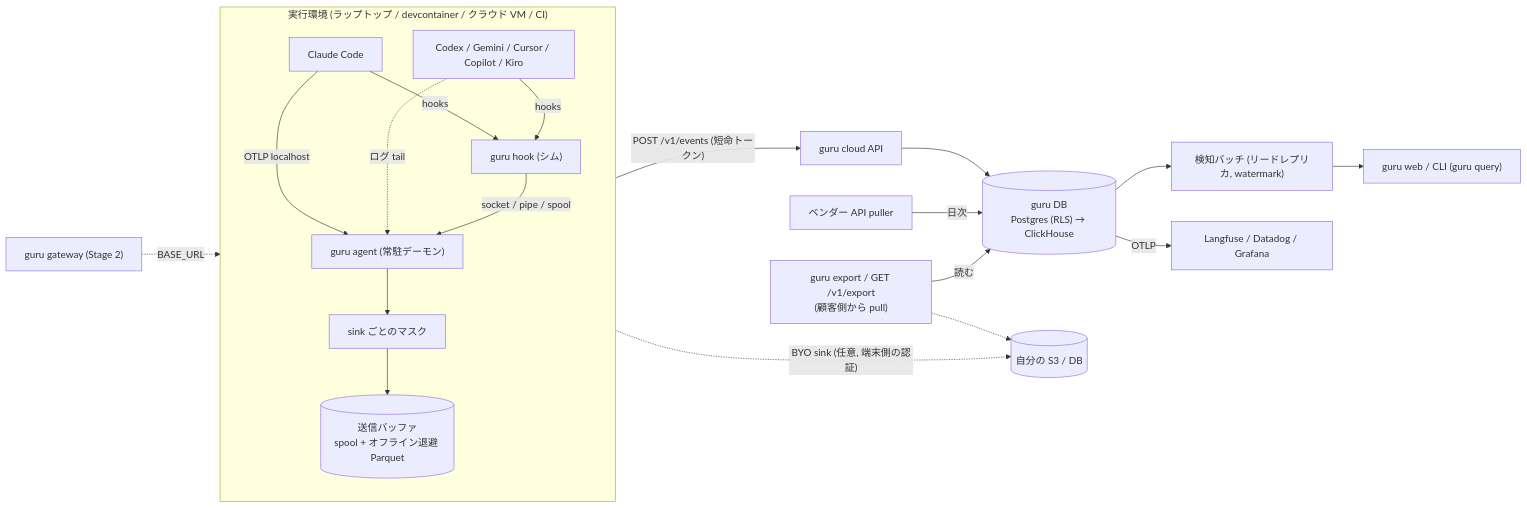
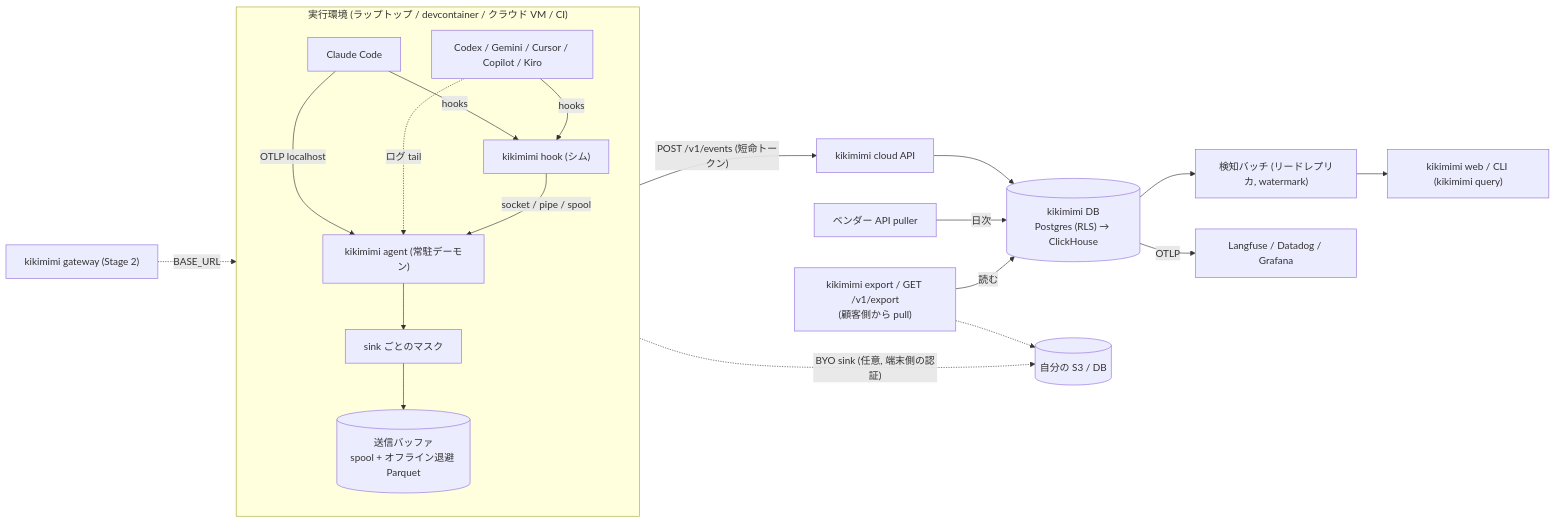
The diagram in docs/design/architecture.md (isamisushi/kikimimi), drawn with Mermaid before and after one commit. The commit also changed other lines of this file and 97 other files, not shown here.

Commit message:
rename: guru -> kikimimi (crates, binaries + kkmm alias, ~/.kikimimi migration, kikimimi.v1 schema, env vars, web branding)

````diff
--- a/docs/design/architecture.md
+++ b/docs/design/architecture.md
@@ -57,23 +58,23 @@
 ```mermaid
 flowchart LR
     subgraph ENV["実行環境 (ラップトップ / devcontainer / クラウド VM / CI)"]
         direction TB
-        CC["Claude Code"] -->|hooks| SHIM["guru hook (シム)"]
+        CC["Claude Code"] -->|hooks| SHIM["kikimimi hook (シム)"]
         CX["Codex / Gemini / Cursor / Copilot / Kiro"] -->|hooks| SHIM
         CC -->|OTLP localhost| D
         CX -.->|ログ tail| D
-        SHIM -->|socket / pipe / spool| D["guru agent (常駐デーモン)"]
+        SHIM -->|socket / pipe / spool| D["kikimimi agent (常駐デーモン)"]
         D --> R["sink ごとのマスク"]
         R --> B[("送信バッファ<br/>spool + オフライン退避 Parquet")]
     end
-    B -->|"POST /v1/events (短命トークン)"| API["guru cloud API"]
+    B -->|"POST /v1/events (短命トークン)"| API["kikimimi cloud API"]
     B -.->|"BYO sink (任意, 端末側の認証)"| OWN[("自分の S3 / DB")]
-    API --> DB[("guru DB<br/>Postgres (RLS) → ClickHouse")]
+    API --> DB[("kikimimi DB<br/>Postgres (RLS) → ClickHouse")]
     V["ベンダー API puller"] -->|日次| DB
     DB --> DET["検知バッチ (リードレプリカ, watermark)"]
-    DET --> W["guru web / CLI (guru query)"]
-    EXP["guru export / GET /v1/export<br/>(顧客側から pull)"] -->|読む| DB
+    DET --> W["kikimimi web / CLI (kikimimi query)"]
+    EXP["kikimimi export / GET /v1/export<br/>(顧客側から pull)"] -->|読む| DB
     EXP -.-> OWN
     DB -->|OTLP| X["Langfuse / Datadog / Grafana"]
-    GW["guru gateway (Stage 2)"] -.->|BASE_URL| ENV
+    GW["kikimimi gateway (Stage 2)"] -.->|BASE_URL| ENV
 ```
````
